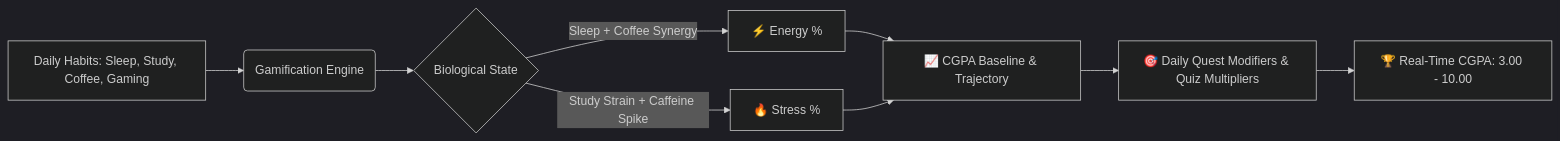
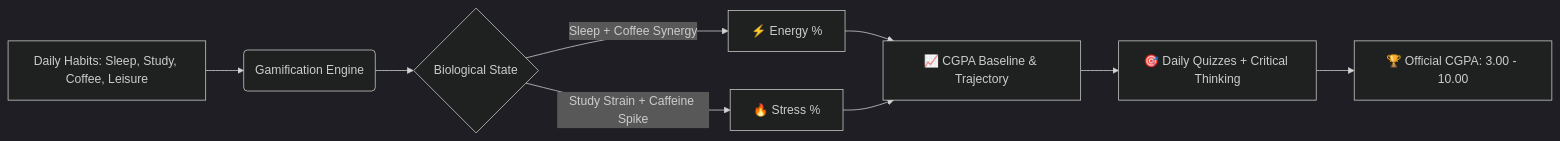
One commit to shinwontforget/Student-analysis changed the first of 2 diagrams in README.md. Above: the diagram before and after it, drawn with Mermaid (dark theme). The commit also changed other lines of this file and 3 other files, not shown here.

Commit message:
docs: update README.md with Oxford theme, merit unlock >=7.5, security architecture, and updated API reference

````diff
--- a/README.md
+++ b/README.md
@@ -106,10 +106,10 @@
 ```mermaid
 graph LR
-    A[Daily Habits: Sleep, Study, Coffee, Gaming] --> B(Gamification Engine)
+    A[Daily Habits: Sleep, Study, Coffee, Leisure] --> B(Gamification Engine)
     B --> C{Biological State}
     C -->|Sleep + Coffee Synergy| D[⚡ Energy %]
     C -->|Study Strain + Caffeine Spike| E[🔥 Stress %]
     D & E --> F[📈 CGPA Baseline & Trajectory]
-    F --> G[🎯 Daily Quest Modifiers & Quiz Multipliers]
-    G --> H[🏆 Real-Time CGPA: 3.00 - 10.00]
+    F --> G[🎯 Daily Quizzes + Critical Thinking]
+    G --> H[🏆 Official CGPA: 3.00 - 10.00]
 ```
````
